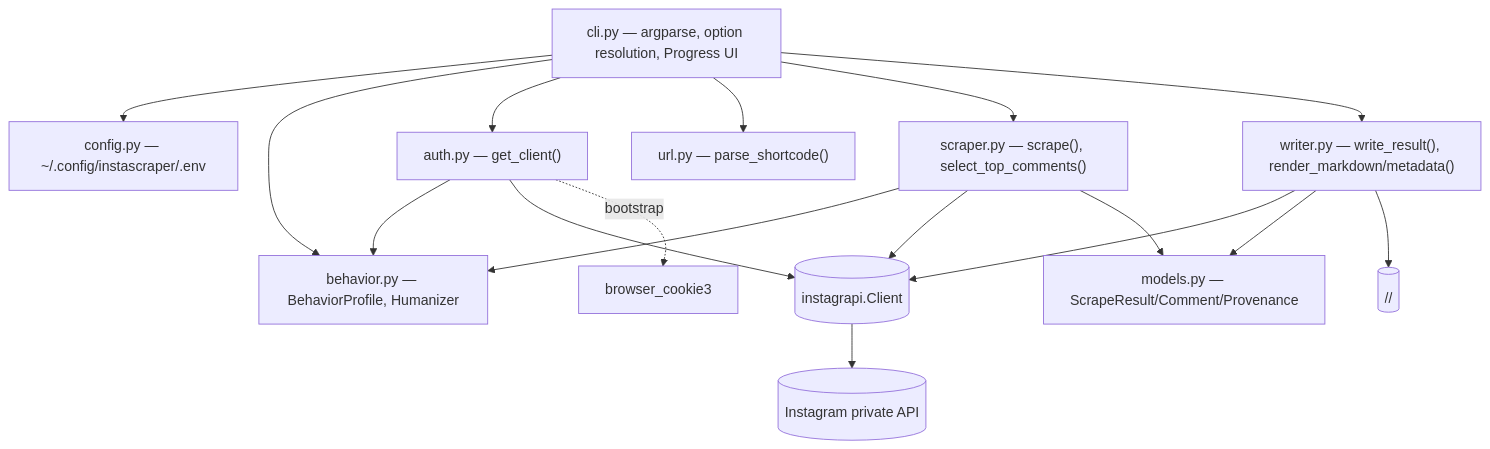
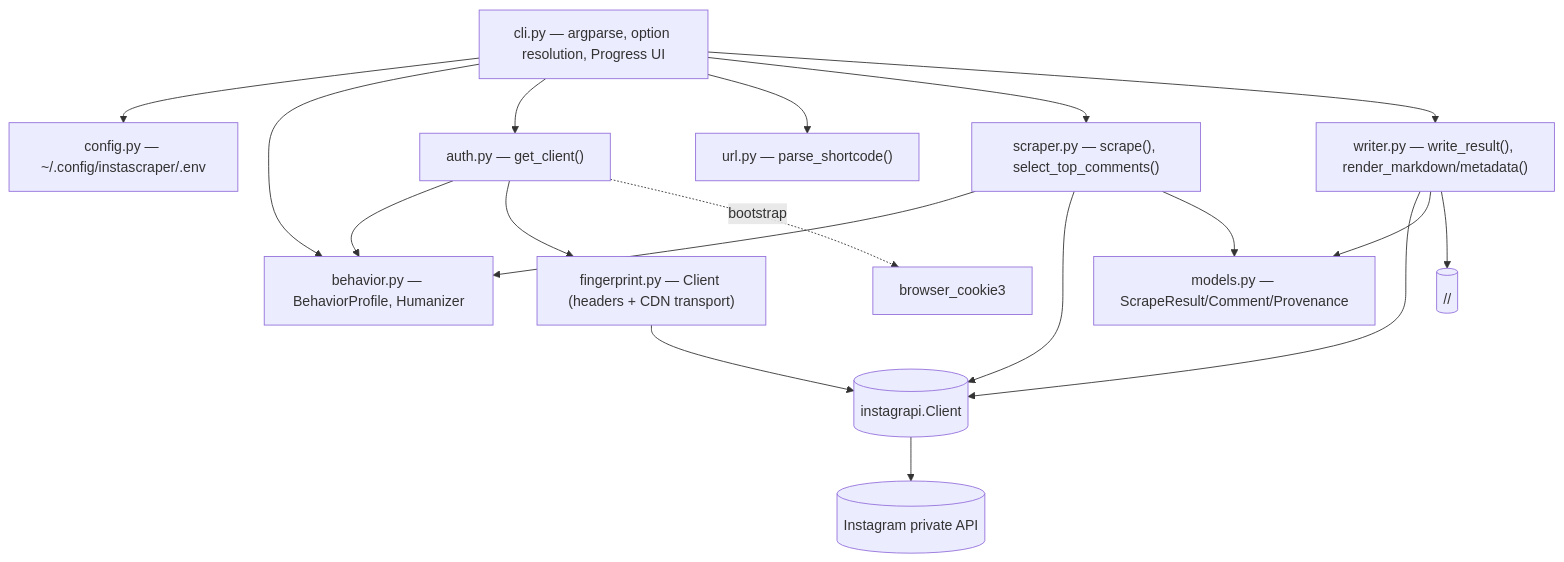
One commit to tillg/instascraper changed the first of 4 diagrams in specs/system/architecture.md. Above: the diagram before and after it, drawn with Mermaid. The commit also changed other lines of this file and 7 other files, not shown here.

First line of the commit message:
fix(fingerprint): stop announcing instagrapi on every request

````diff
--- a/specs/system/architecture.md
+++ b/specs/system/architecture.md
@@ -16,19 +16,20 @@
 ```mermaid
 flowchart TD
     CLI["cli.py — argparse, option resolution, Progress UI"] --> CONFIG["config.py — ~/.config/instascraper/.env"]
     CLI --> BEH["behavior.py — BehaviorProfile, Humanizer"]
     CLI --> AUTH["auth.py — get_client()"]
     CLI --> URLP["url.py — parse_shortcode()"]
     CLI --> SCRAPE["scraper.py — scrape(), select_top_comments()"]
     CLI --> WRITE["writer.py — write_result(), render_markdown/metadata()"]
     AUTH --> BEH
     SCRAPE --> BEH
-    AUTH --> CLIENT[("instagrapi.Client")]
+    AUTH --> FP["fingerprint.py — Client (headers + CDN transport)"]
+    FP --> CLIENT[("instagrapi.Client")]
     AUTH -. "bootstrap" .-> BC["browser_cookie3"]
     SCRAPE --> CLIENT
     WRITE --> CLIENT
     SCRAPE --> MODELS["models.py — ScrapeResult/Comment/Provenance"]
     WRITE --> MODELS
     WRITE --> FS[("<target-dir>/<shortcode>/")]
     CLIENT --> IG[("Instagram private API")]
 ```
````
